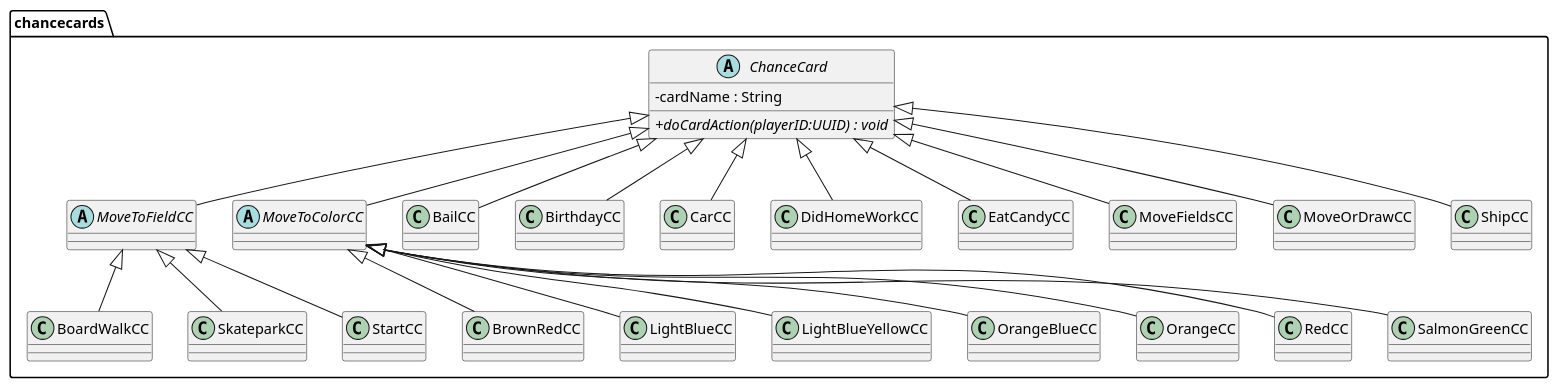
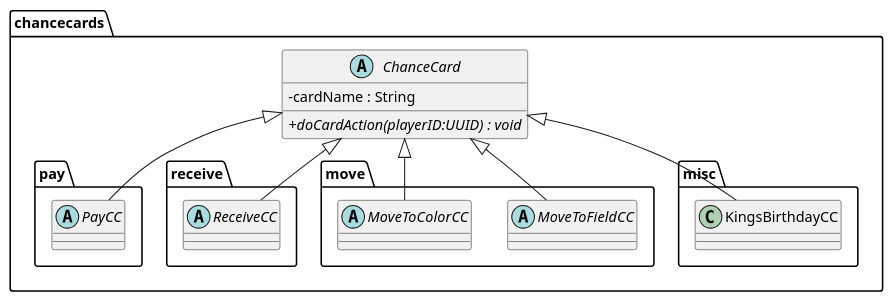
One commit to DTUSoftware/Matador changed the diagram in src/main/resources/DesignClassDiagram-chancecards.puml. Above: the diagram before and after it, drawn with PlantUML. The commit also changed 5 other files, not shown here.

Commit message:
Update UML diagrams to match new requirements and game layout

```diff
--- a/src/main/resources/DesignClassDiagram-chancecards.puml
+++ b/src/main/resources/DesignClassDiagram-chancecards.puml
@@ -1,98 +1,46 @@
 @startuml
 'https://plantuml.com/class-diagram
 
 skinparam classAttributeIconSize 0
 
 package chancecards {
-    abstract ChanceCard {
+    abstract class ChanceCard {
         -cardName : String
 
         {abstract} +doCardAction(playerID:UUID) : void
     }
 
-    abstract MoveToFieldCC {
+    package pay {
+        abstract class PayCC {
+        }
+
+        ChanceCard <|-- PayCC
     }
 
-    abstract MoveToColorCC {
+    package receive {
+        abstract class ReceiveCC {
+        }
+
+        ChanceCard <|-- ReceiveCC
     }
 
-    ChanceCard <|-- MoveToFieldCC
-    ChanceCard <|-- MoveToColorCC
+    package move {
+        abstract class MoveToFieldCC {
+        }
 
-    class BrownRedCC {
+        abstract class MoveToColorCC {
+        }
+
+        ChanceCard <|-- MoveToFieldCC
+        ChanceCard <|-- MoveToColorCC
     }
 
-    class LightBlueCC {
+    package misc {
+        class KingsBirthdayCC {
+        }
+
+        ChanceCard <|-- KingsBirthdayCC
     }
-
-    class LightBlueYellowCC {
-    }
-
-    class OrangeBlueCC {
-    }
-
-    class OrangeCC {
-    }
-
-    class RedCC {
-    }
-
-    class SalmonGreenCC {
-    }
-
-    MoveToColorCC <|-- BrownRedCC
-    MoveToColorCC <|-- LightBlueCC
-    MoveToColorCC <|-- LightBlueYellowCC
-    MoveToColorCC <|-- OrangeBlueCC
-    MoveToColorCC <|-- OrangeCC
-    MoveToColorCC <|-- RedCC
-    MoveToColorCC <|-- SalmonGreenCC
-
-    class BoardWalkCC {
-    }
-
-    class SkateparkCC {
-    }
-
-    class StartCC {
-    }
-
-    MoveToFieldCC <|-- BoardWalkCC
-    MoveToFieldCC <|-- SkateparkCC
-    MoveToFieldCC <|-- StartCC
-
-    class BailCC {
-    }
-
-    class BirthdayCC {
-    }
-
-    class CarCC {
-    }
-
-    class DidHomeWorkCC {
-    }
-
-    class EatCandyCC {
-    }
-
-    class MoveFieldsCC {
-    }
-
-    class MoveOrDrawCC {
-    }
-
-    class ShipCC {
-    }
-
-    ChanceCard <|-- BailCC
-    ChanceCard <|-- BirthdayCC
-    ChanceCard <|-- CarCC
-    ChanceCard <|-- DidHomeWorkCC
-    ChanceCard <|-- EatCandyCC
-    ChanceCard <|-- MoveFieldsCC
-    ChanceCard <|-- MoveOrDrawCC
-    ChanceCard <|-- ShipCC
 }
 
 @enduml
```
